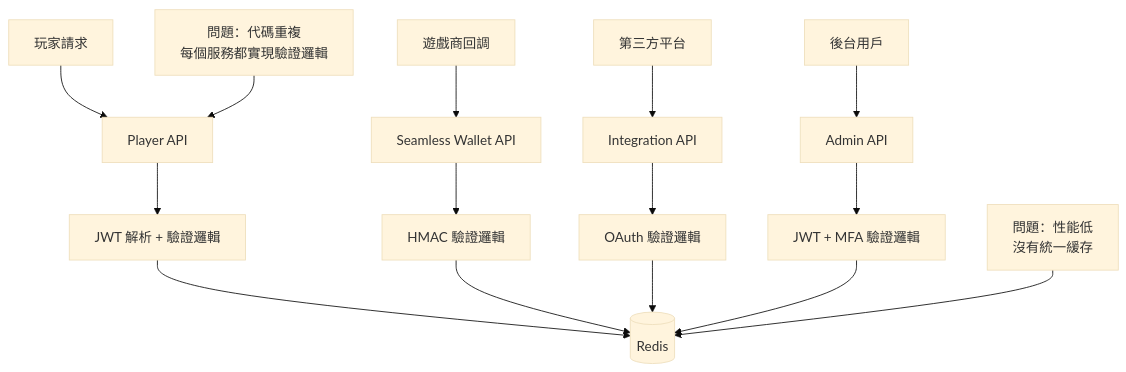
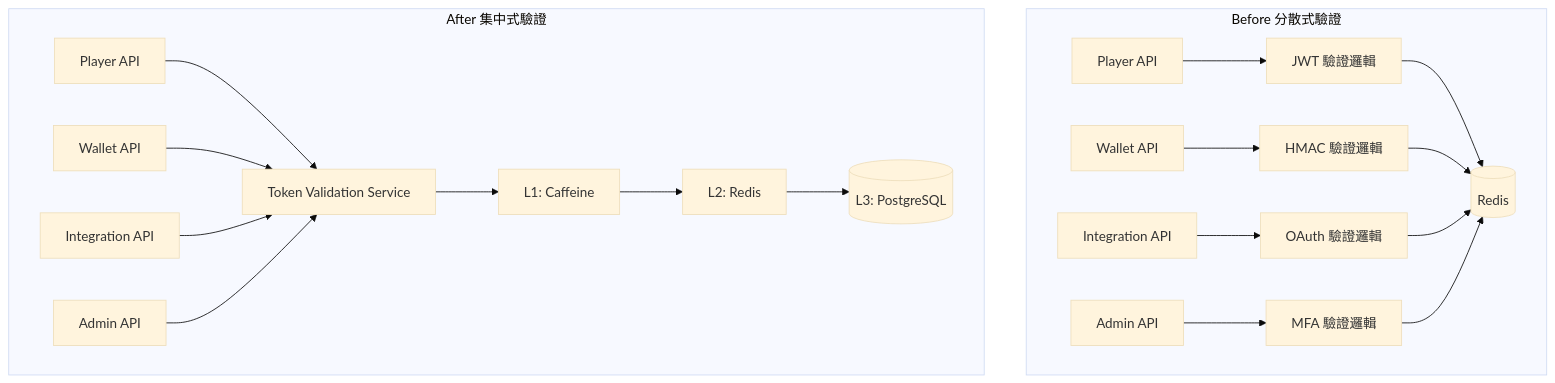
One commit to ron03wlb/smart-admin changed the diagram in docs/iGaming/09_Technical_Infrastructure/09-13_Token_Validation_Service.md. Above: the diagram before and after it, drawn with Mermaid (base theme). The commit also changed other lines of this file and 71 other files, not shown here.

First line of the commit message:
docs(iGaming): restructure documentation architecture

````diff
--- a/docs/iGaming/09_Technical_Infrastructure/09-13_Token_Validation_Service.md
+++ b/docs/iGaming/09_Technical_Infrastructure/09-13_Token_Validation_Service.md
@@ -95,20 +41,23 @@
 ```mermaid
 graph TD
-    A[玩家請求] --> B[Player API]
-    C[遊戲商回調] --> D[Seamless Wallet API]
-    E[第三方平台] --> F[Integration API]
-    G[後台用戶] --> H[Admin API]
+    subgraph Before 分散式驗證
+        A1[Player API] --> X1[JWT 驗證邏輯]
+        A2[Wallet API] --> X2[HMAC 驗證邏輯]
+        A3[Integration API] --> X3[OAuth 驗證邏輯]
+        A4[Admin API] --> X4[MFA 驗證邏輯]
+        X1 --> R[(Redis)]
+        X2 --> R
+        X3 --> R
+        X4 --> R
+    end
 
-    B --> I[JWT 解析 + 驗證邏輯]
-    D --> J[HMAC 驗證邏輯]
-    F --> K[OAuth 驗證邏輯]
-    H --> L[JWT + MFA 驗證邏輯]
-
-    I --> M[(Redis)]
-    J --> M
-    K --> M
-    L --> M
-
-    Note1[問題：代碼重複<br/>每個服務都實現驗證邏輯] --> B
-    Note2[問題：性能低<br/>沒有統一緩存] --> M
+    subgraph After 集中式驗證
+        B1[Player API] --> T[Token Validation Service]
+        B2[Wallet API] --> T
+        B3[Integration API] --> T
+        B4[Admin API] --> T
+        T --> L1[L1: Caffeine]
+        L1 --> L2[L2: Redis]
+        L2 --> L3[(L3: PostgreSQL)]
+    end
 ```
````
